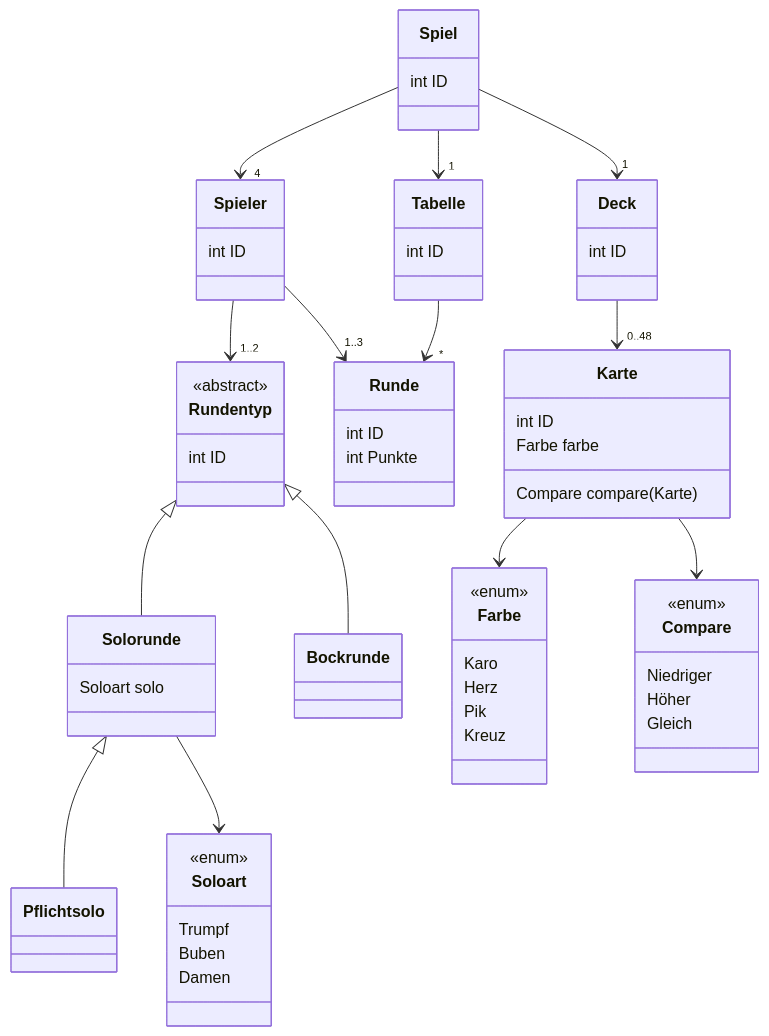
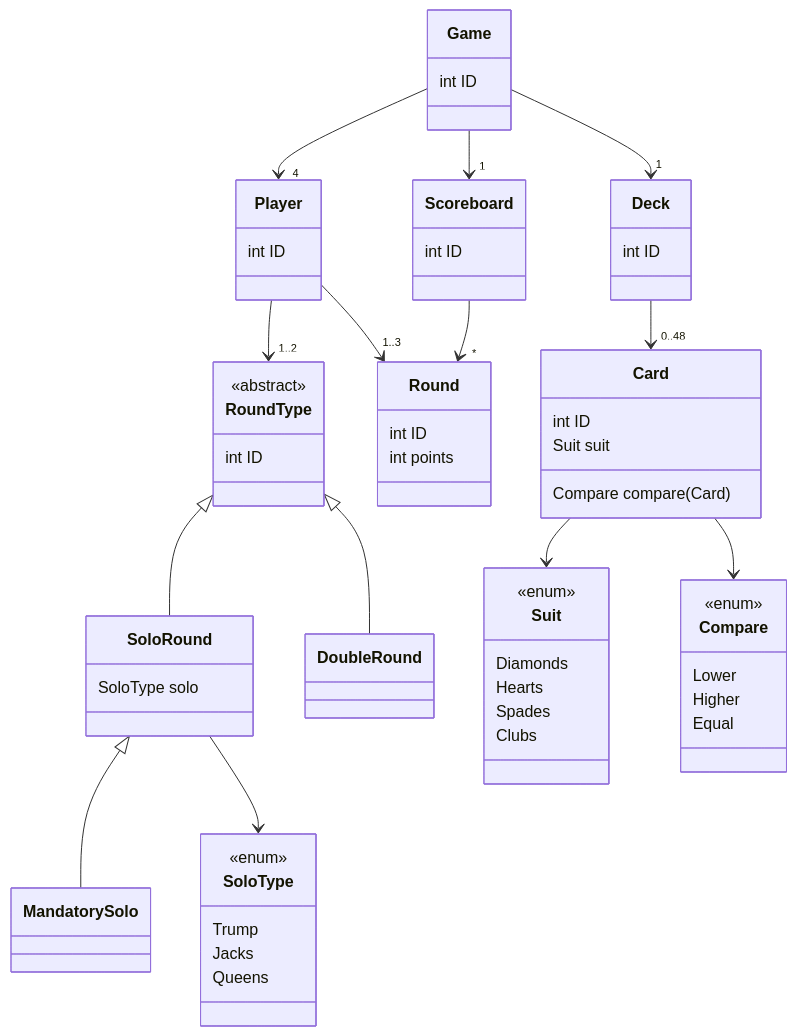
The diagram in dataset/CardGameApp/CardGameApp_mermaid.md (Charlotte-Verbruggen/GoldenUMLmodelset), drawn with Mermaid before and after one commit.

````diff
--- a/dataset/CardGameApp/CardGameApp_mermaid.md
+++ b/dataset/CardGameApp/CardGameApp_mermaid.md
@@ -1,11 +1,11 @@
 ```mermaid
 classDiagram
 
-class Spiel {
+class Game {
   int ID
 }
 
-class Spieler {
+class Player {
   int ID
 }
 
@@ -13,72 +13,72 @@
   int ID
 }
 
-class Karte {
+class Card {
   int ID
-  Farbe farbe
-  Compare compare(Karte)
+  Suit suit
+  Compare compare(Card)
 }
 
-class Tabelle {
+class Scoreboard {
   int ID
 }
 
-class Runde {
+class Round {
   int ID
-  int Punkte
+  int points
 }
 
-class Rundentyp {
+class RoundType {
   <<abstract>>
   int ID
 }
 
-class Solorunde {
-  Soloart solo
+class SoloRound {
+  SoloType solo
 }
 
-class Pflichtsolo 
+class MandatorySolo
 
-class Bockrunde 
+class DoubleRound 
 
-class Farbe {
+class Suit {
   <<enum>>
-  Karo
-  Herz
-  Pik
-  Kreuz
+  Diamonds
+  Hearts
+  Spades
+  Clubs
 }
 
 class Compare {
   <<enum>>
-  Niedriger
-  Höher
-  Gleich
+  Lower
+  Higher
+  Equal
 }
 
-class Soloart {
+class SoloType {
   <<enum>>
-  Trumpf
-  Buben
-  Damen
+  Trump
+  Jacks
+  Queens
 }
 
-Spiel --> "1" Tabelle
-Spiel --> "1" Deck
-Spiel --> "4" Spieler
+Game --> "1" Scoreboard
+Game --> "1" Deck
+Game --> "4" Player
 
-Deck --> "0..48" Karte
+Deck --> "0..48" Card
 
-Tabelle --> "*" Runde
+Scoreboard --> "*" Round
 
-Spieler --> "1..3" Runde
-Spieler --> "1..2" Rundentyp
+Player --> "1..3" Round
+Player --> "1..2" RoundType
 
-Rundentyp <|-- Solorunde
-Rundentyp <|-- Bockrunde
-Solorunde <|-- Pflichtsolo
+RoundType <|-- SoloRound
+RoundType <|-- DoubleRound
+SoloRound <|-- MandatorySolo
 
-Karte --> Farbe
-Karte --> Compare
-Solorunde --> Soloart
+Card --> Suit
+Card --> Compare
+SoloRound --> SoloType
 ```
````
